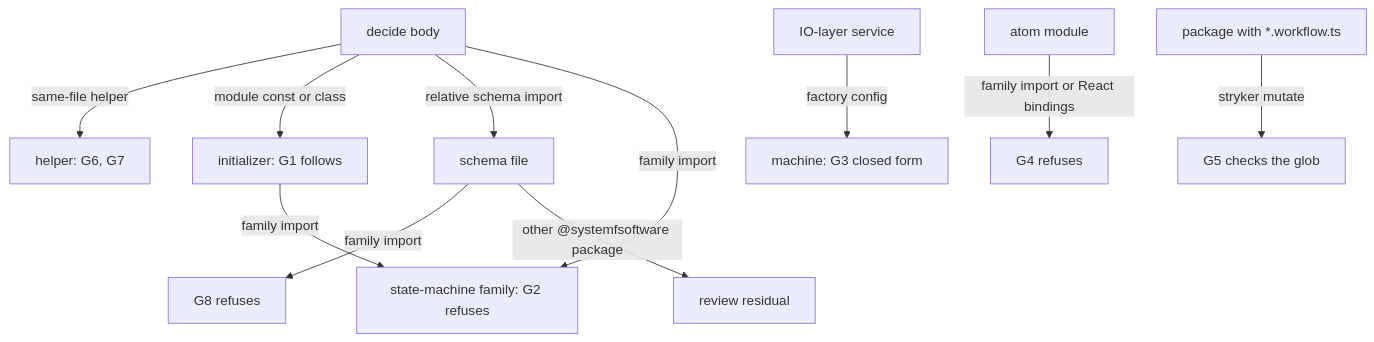
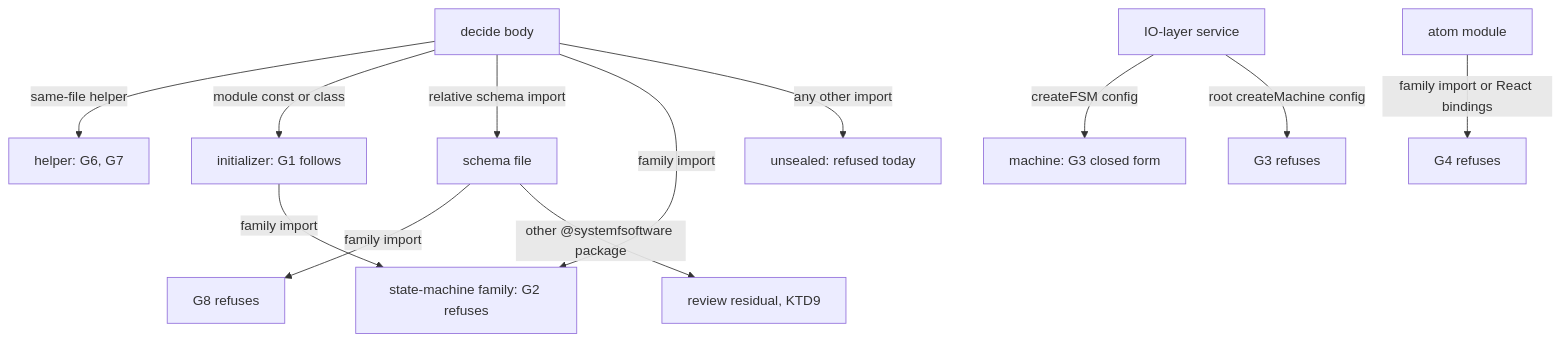
The first of 3 diagrams in docs/plans/2026-10-12-1722-feat-decision-machine-placement-plan.md (systemfsoftware/systemfsoftware), drawn with Mermaid before and after one commit. The commit also changed other lines of this file, not shown here.

Commit message:
docs(plans): revise decision-machine placement for single mutation owner, provenance gate and Turbo verification

````diff
--- a/docs/plans/2026-10-12-1722-feat-decision-machine-placement-plan.md
+++ b/docs/plans/2026-10-12-1722-feat-decision-machine-placement-plan.md
@@ -186,13 +221,14 @@
 ```mermaid
 flowchart TB
   D[decide body] -->|same-file helper| H[helper: G6, G7]
   D -->|module const or class| C[initializer: G1 follows]
   D -->|relative schema import| S[schema file]
   D -->|family import| F[state-machine family: G2 refuses]
+  D -->|any other import| U[unsealed: refused today]
   C -->|family import| F
   S -->|family import| F2[G8 refuses]
-  S -->|other @systemfsoftware package| P[review residual]
-  SV[IO-layer service] -->|factory config| M[machine: G3 closed form]
+  S -->|other @systemfsoftware package| P[review residual, KTD9]
+  SV[IO-layer service] -->|createFSM config| M[machine: G3 closed form]
+  SV -->|root createMachine config| X0[G3 refuses]
   A[atom module] -->|family import or React bindings| X[G4 refuses]
-  W[package with *.workflow.ts] -->|stryker mutate| G5[G5 checks the glob]
 ```
````
